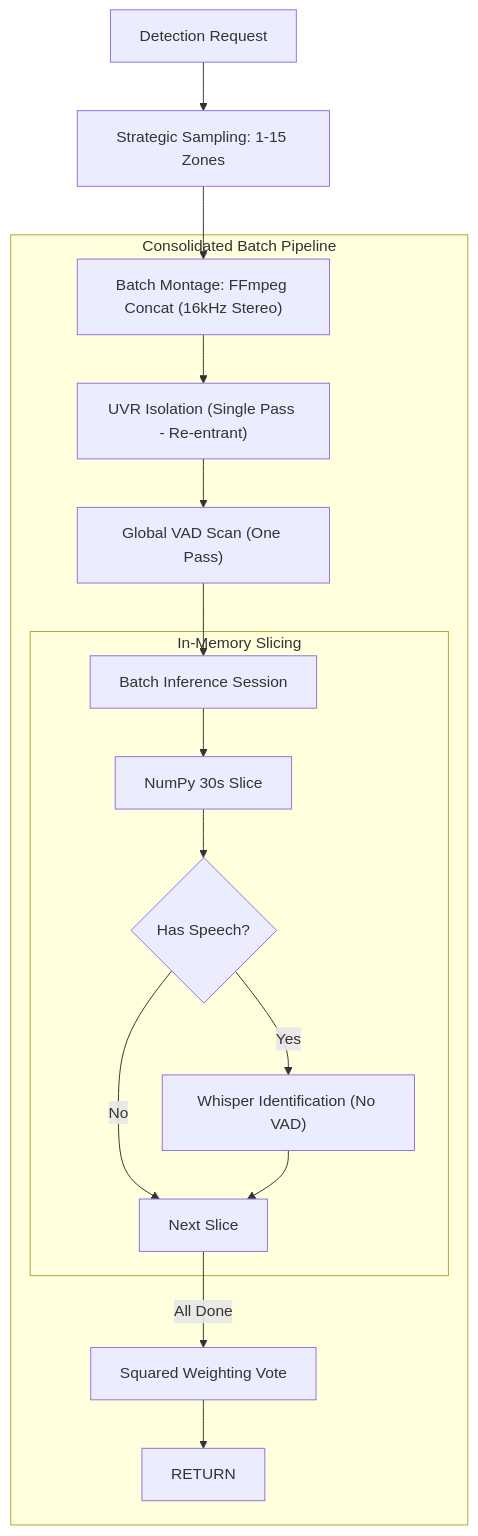
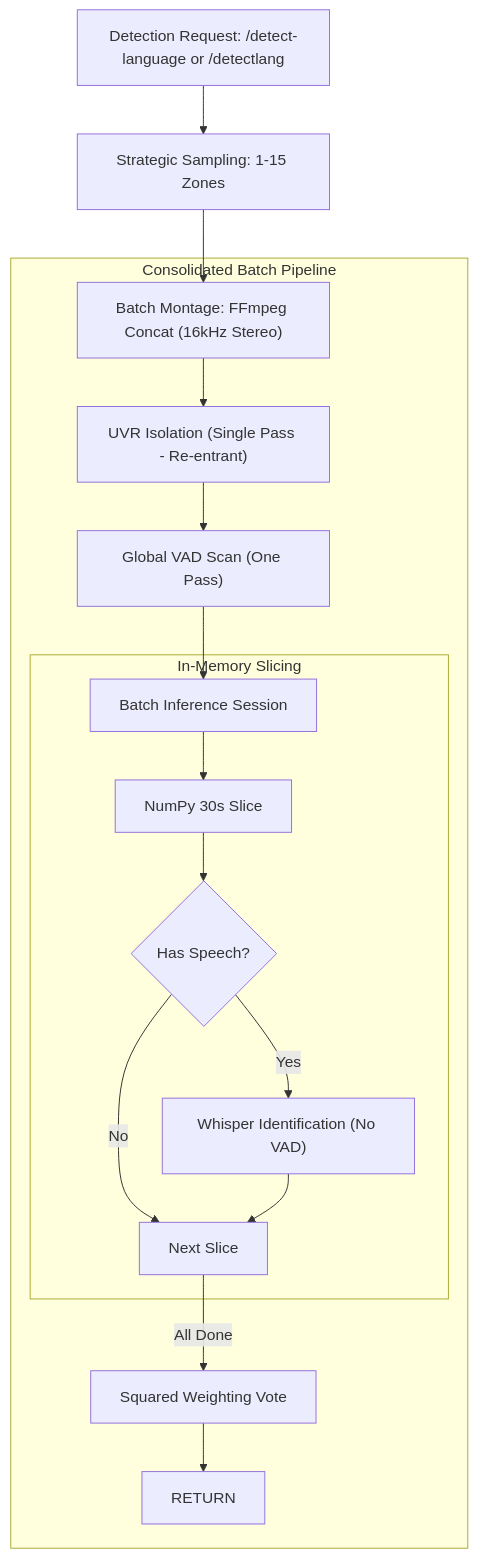
One commit to AmirulAndalib/Whisper-Pro-ASR changed the third of 4 diagrams in docs/ARCHITECTURE.md. Above: the diagram before and after it, drawn with Mermaid. The commit also changed other lines of this file and 152 other files, not shown here.

````diff
--- a/docs/ARCHITECTURE.md
+++ b/docs/ARCHITECTURE.md
@@ -81,22 +99,22 @@
 ```mermaid
 graph TD
-    START["Detection Request"] --> SAMPLING["Strategic Sampling: 1-15 Zones"]
+    START["Detection Request: /detect-language or /detectlang"] --> SAMPLING["Strategic Sampling: 1-15 Zones"]
     SAMPLING --> MONTAGE["Batch Montage: FFmpeg Concat (16kHz Stereo)"]
     
     subgraph BATCH ["Consolidated Batch Pipeline"]
     MONTAGE --> ISOLATE["UVR Isolation (Single Pass - Re-entrant)"]
     ISOLATE --> VAD["Global VAD Scan (One Pass)"]
     VAD --> BATCH_INF["Batch Inference Session"]
     
     subgraph LOOP ["In-Memory Slicing"]
     BATCH_INF --> SLICE["NumPy 30s Slice"]
     SLICE --> SPEECH{"Has Speech?"}
     SPEECH -->|Yes| ID["Whisper Identification (No VAD)"]
     SPEECH -->|No| NEXT["Next Slice"]
     ID --> NEXT
     end
     
     NEXT -->|All Done| VOTE["Squared Weighting Vote"]
     VOTE --> RETURN
     end
 ```
````
